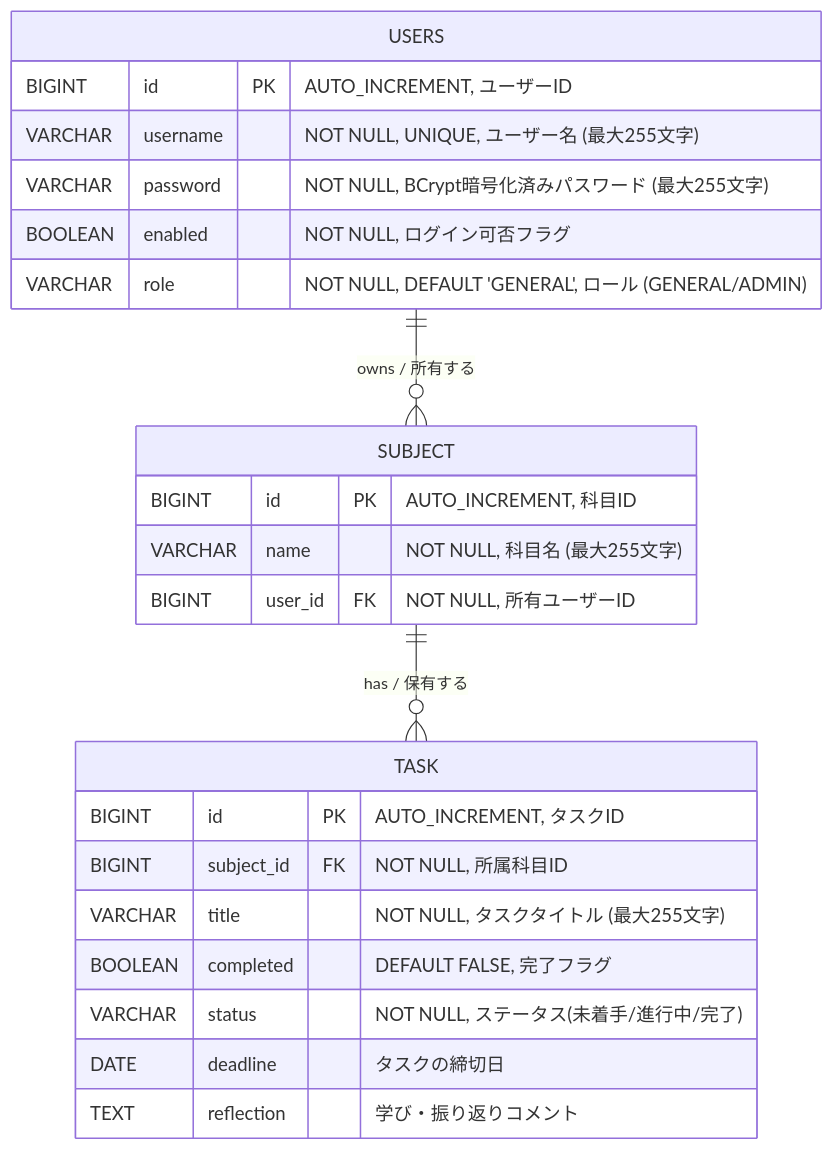
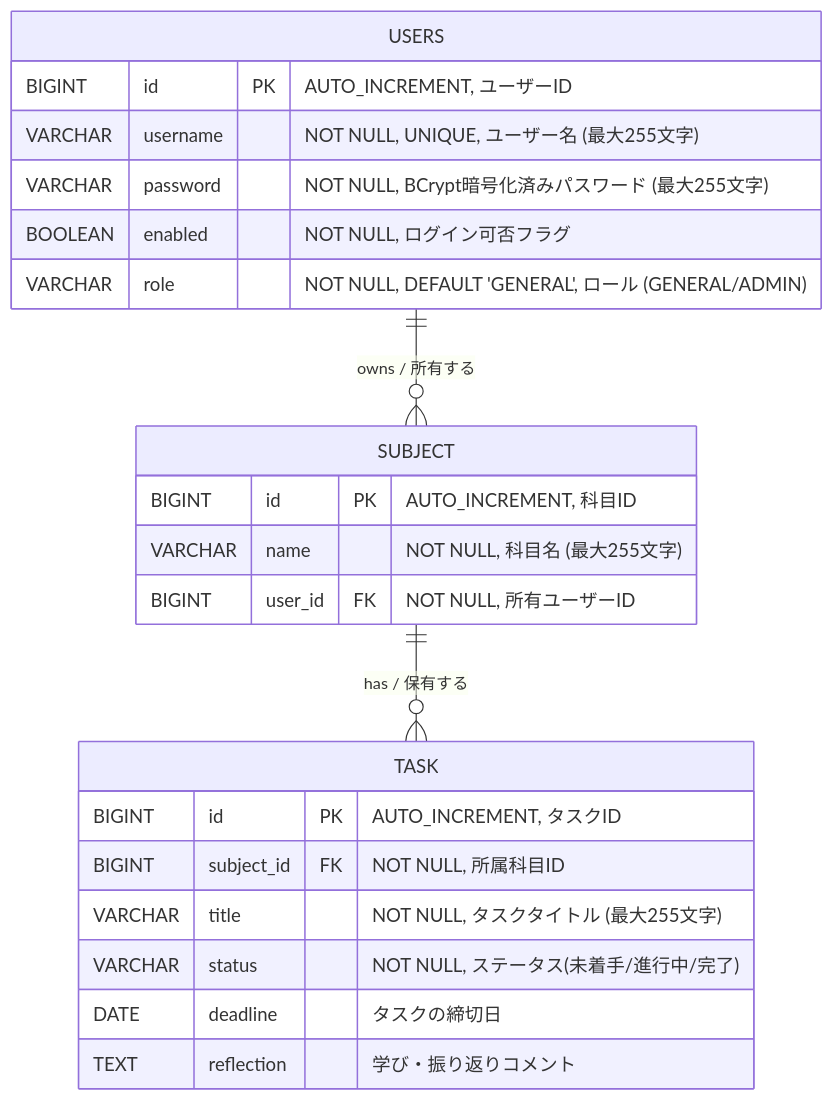
One commit to taidonn1216/java-study-tracker changed the diagram in docs/er-diagram.md. Above: the diagram before and after it, drawn with Mermaid. The commit also changed other lines of this file and 15 other files, not shown here.

````diff
--- a/docs/er-diagram.md
+++ b/docs/er-diagram.md
@@ -17,28 +17,27 @@
 ```mermaid
 erDiagram
      USERS {
         BIGINT id PK "AUTO_INCREMENT, ユーザーID"
         VARCHAR username "NOT NULL, UNIQUE, ユーザー名 (最大255文字)"
         VARCHAR password "NOT NULL, BCrypt暗号化済みパスワード (最大255文字)"
         BOOLEAN enabled "NOT NULL, ログイン可否フラグ"
         VARCHAR role "NOT NULL, DEFAULT 'GENERAL', ロール (GENERAL/ADMIN)"
     }
 
     SUBJECT {
         BIGINT id PK "AUTO_INCREMENT, 科目ID"
         VARCHAR name "NOT NULL, 科目名 (最大255文字)"
         BIGINT user_id FK "NOT NULL, 所有ユーザーID"
     }
 
     TASK {
         BIGINT id PK "AUTO_INCREMENT, タスクID"
         BIGINT subject_id FK "NOT NULL, 所属科目ID"
         VARCHAR title "NOT NULL, タスクタイトル (最大255文字)"
-        BOOLEAN completed "DEFAULT FALSE, 完了フラグ"
         VARCHAR status "NOT NULL, ステータス(未着手/進行中/完了)"
         DATE deadline "タスクの締切日"
         TEXT reflection "学び・振り返りコメント"
     }
     USERS ||--o{ SUBJECT : "owns / 所有する"
     SUBJECT ||--o{ TASK : "has / 保有する"
 ```
````
